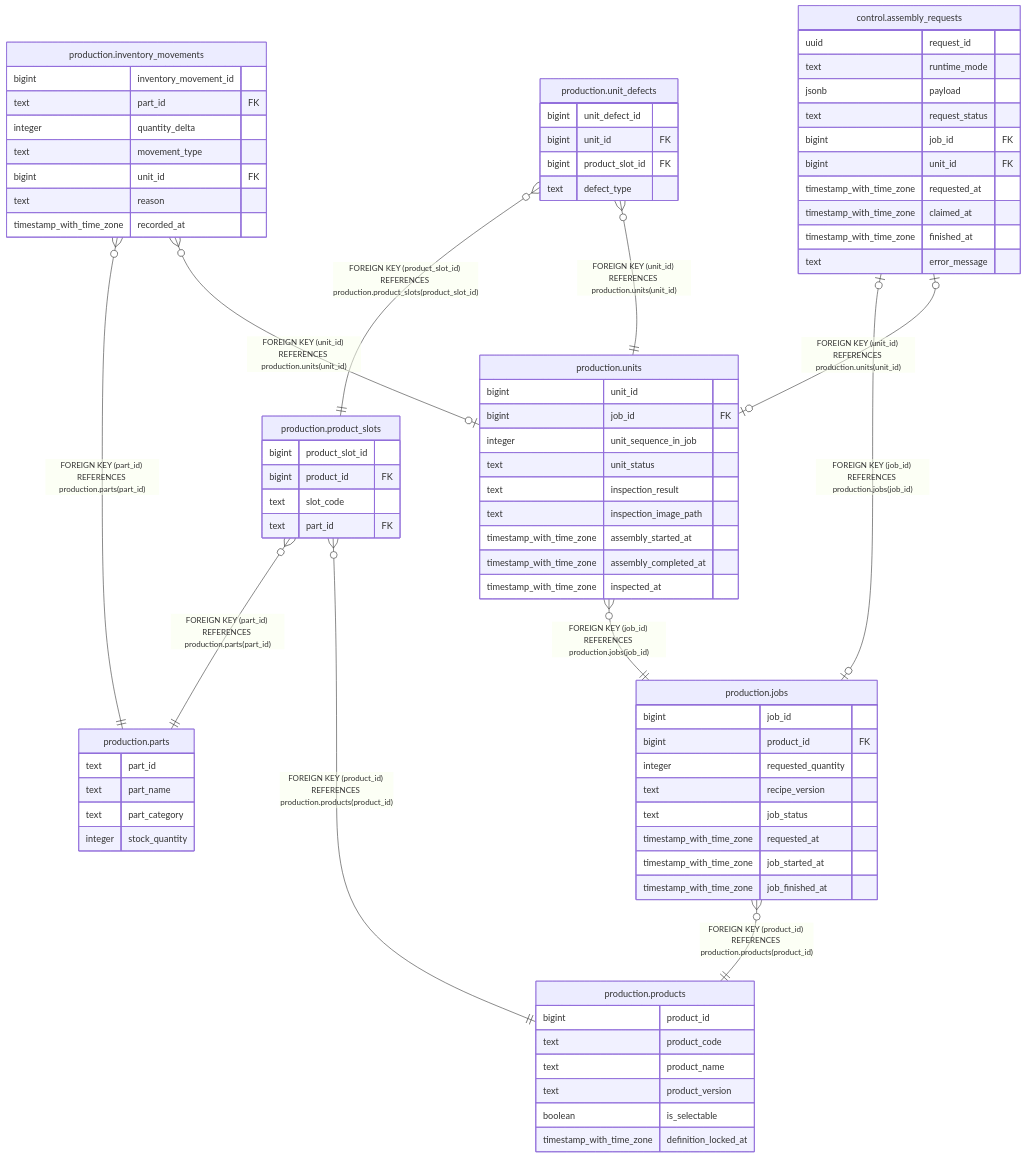
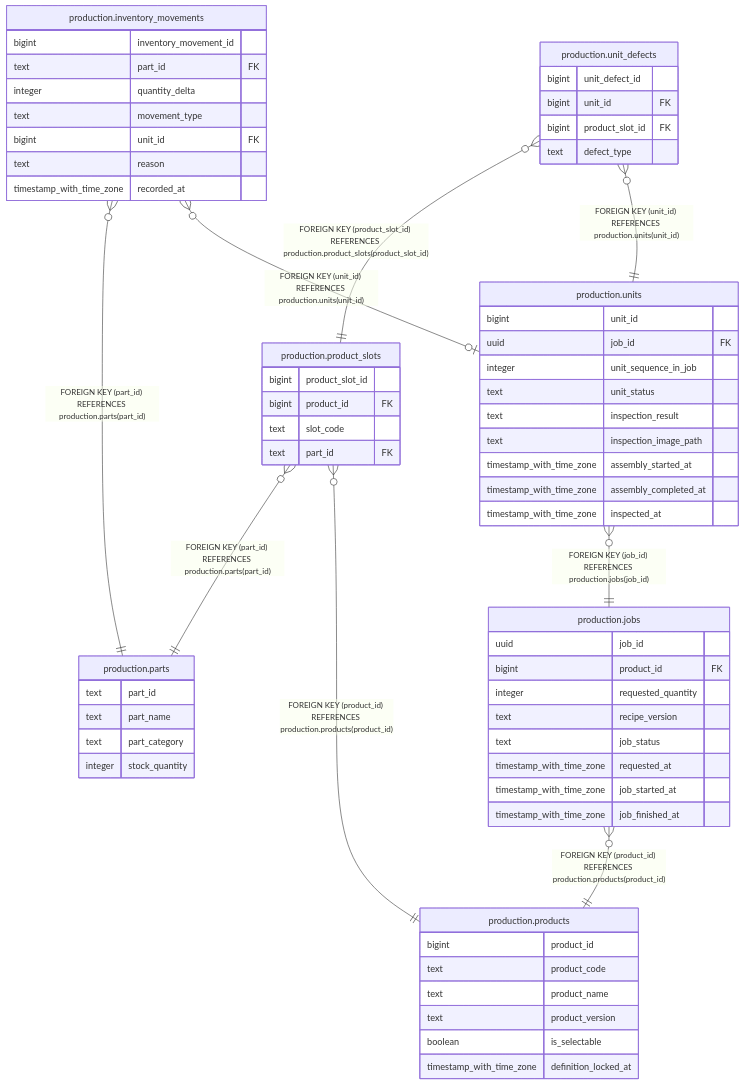
The diagram in UnityDT/Docs/db-schema.generated.md (eduwing-robotics/ros2-ai-cobot-repo1), drawn with Mermaid before and after one commit. The commit also changed 10 other files, not shown here.

Commit message:
refactor(db): make jobs the production entrypoint

```diff
--- a/UnityDT/Docs/db-schema.generated.md
+++ b/UnityDT/Docs/db-schema.generated.md
@@ -7,8 +7,6 @@
 "production.units" }o--|| "production.jobs" : "FOREIGN KEY (job_id) REFERENCES production.jobs(job_id)"
 "production.inventory_movements" }o--|| "production.parts" : "FOREIGN KEY (part_id) REFERENCES production.parts(part_id)"
 "production.inventory_movements" }o--o| "production.units" : "FOREIGN KEY (unit_id) REFERENCES production.units(unit_id)"
-"control.assembly_requests" |o--o| "production.jobs" : "FOREIGN KEY (job_id) REFERENCES production.jobs(job_id)"
-"control.assembly_requests" |o--o| "production.units" : "FOREIGN KEY (unit_id) REFERENCES production.units(unit_id)"
 "production.unit_defects" }o--|| "production.product_slots" : "FOREIGN KEY (product_slot_id) REFERENCES production.product_slots(product_slot_id)"
 "production.unit_defects" }o--|| "production.units" : "FOREIGN KEY (unit_id) REFERENCES production.units(unit_id)"
 
@@ -33,7 +31,7 @@
   text part_id FK
 }
 "production.jobs" {
-  bigint job_id
+  uuid job_id
   bigint product_id FK
   integer requested_quantity
   text recipe_version
@@ -44,7 +42,7 @@
 }
 "production.units" {
   bigint unit_id
-  bigint job_id FK
+  uuid job_id FK
   integer unit_sequence_in_job
   text unit_status
   text inspection_result
@@ -62,18 +60,6 @@
   text reason
   timestamp_with_time_zone recorded_at
 }
-"control.assembly_requests" {
-  uuid request_id
-  text runtime_mode
-  jsonb payload
-  text request_status
-  bigint job_id FK
-  bigint unit_id FK
-  timestamp_with_time_zone requested_at
-  timestamp_with_time_zone claimed_at
-  timestamp_with_time_zone finished_at
-  text error_message
-}
 "production.unit_defects" {
   bigint unit_defect_id
   bigint unit_id FK
```
